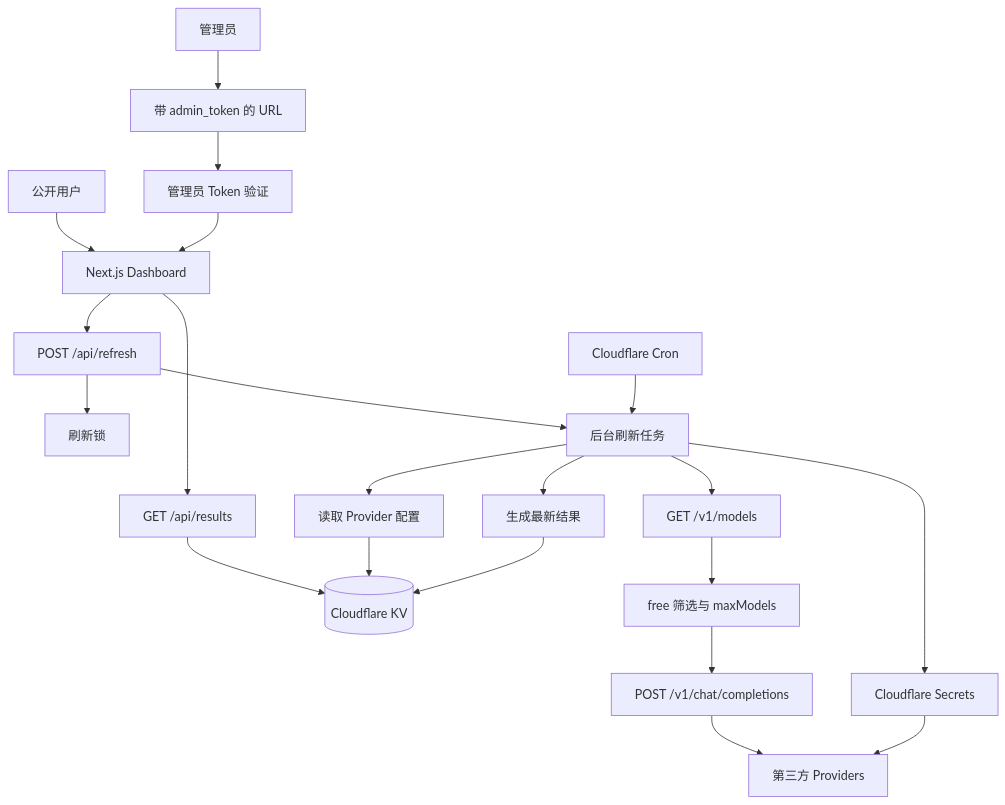
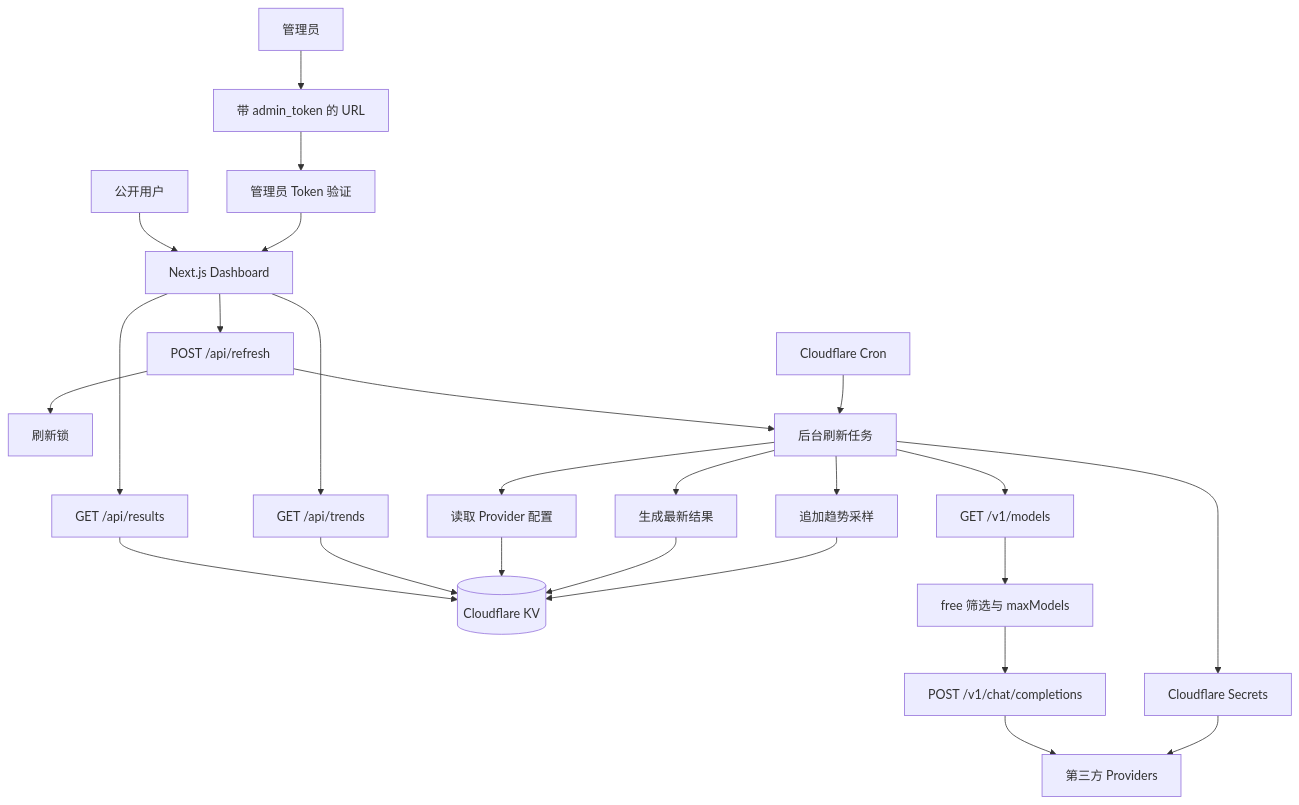
Before and after one commit to a1667834841/free-model-radar: the diagram in docs/design.md, drawn with Mermaid. The commit also changed other lines of this file and 28 other files, not shown here.

````diff
--- a/docs/design.md
+++ b/docs/design.md
@@ -56,31 +56,35 @@
 ```mermaid
 flowchart TD
     User[公开用户] --> Dashboard[Next.js Dashboard]
 
     Admin[管理员] --> AdminURL[带 admin_token 的 URL]
     AdminURL --> Auth[管理员 Token 验证]
     Auth --> Dashboard
 
     Dashboard --> ResultsAPI[GET /api/results]
+    Dashboard --> TrendsAPI[GET /api/trends]
     Dashboard --> RefreshAPI[POST /api/refresh]
 
     ResultsAPI --> KV[(Cloudflare KV)]
+    TrendsAPI --> KV
     RefreshAPI --> Lock[刷新锁]
     RefreshAPI --> RefreshJob[后台刷新任务]
 
     Cron[Cloudflare Cron] --> RefreshJob
 
     RefreshJob --> Config[读取 Provider 配置]
     Config --> KV
 
     RefreshJob --> Models[GET /v1/models]
     Models --> Filter[free 筛选与 maxModels]
     Filter --> Probe[POST /v1/chat/completions]
     Probe --> Providers[第三方 Providers]
 
     RefreshJob --> Secrets[Cloudflare Secrets]
     Secrets --> Providers
 
     RefreshJob --> Results[生成最新结果]
+    RefreshJob --> TrendSamples[追加趋势采样]
     Results --> KV
+    TrendSamples --> KV
 ```
````
